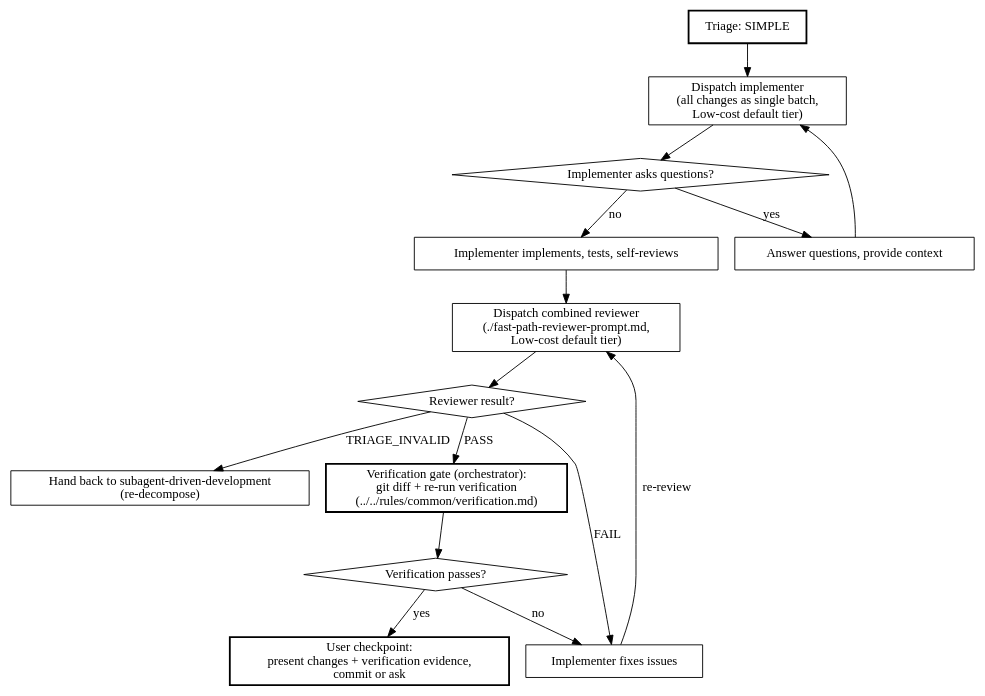
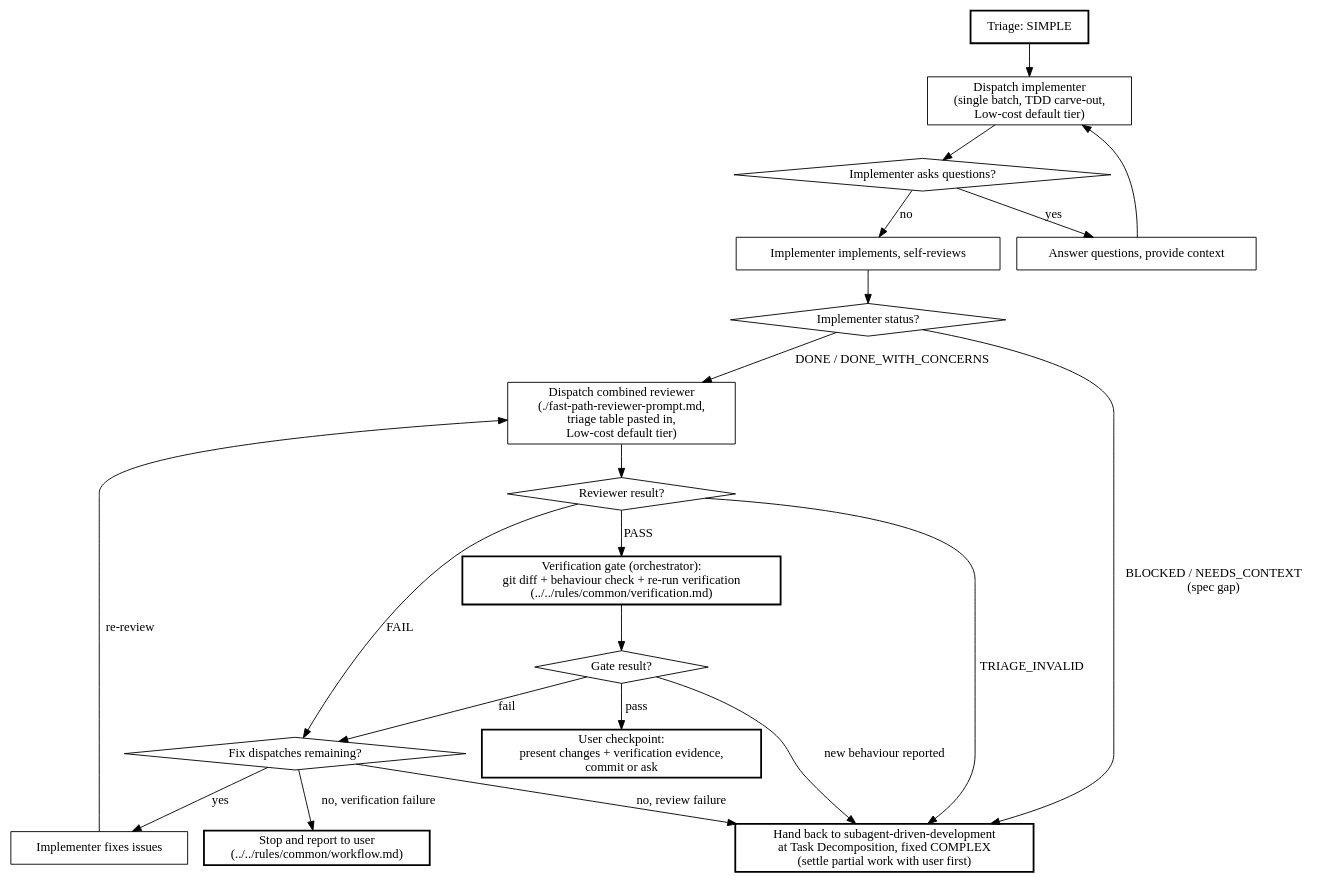
Before and after one commit to philipobenito/elelem: the diagram in skills/fast-path-implementation/SKILL.md, drawn with Graphviz. The commit also changed other lines of this file and 5 other files, not shown here.

````diff
--- a/skills/fast-path-implementation/SKILL.md
+++ b/skills/fast-path-implementation/SKILL.md
@@ -59,33 +129,42 @@
 ```dot
 digraph fast_path {
     rankdir=TB;
 
     "Triage: SIMPLE" [shape=box, style=bold];
-    "Dispatch implementer\n(all changes as single batch,\nLow-cost default tier)" [shape=box];
+    "Dispatch implementer\n(single batch, TDD carve-out,\nLow-cost default tier)" [shape=box];
     "Implementer asks questions?" [shape=diamond];
     "Answer questions, provide context" [shape=box];
-    "Implementer implements, tests, self-reviews" [shape=box];
-    "Dispatch combined reviewer\n(./fast-path-reviewer-prompt.md,\nLow-cost default tier)" [shape=box];
+    "Implementer implements, self-reviews" [shape=box];
+    "Implementer status?" [shape=diamond];
+    "Dispatch combined reviewer\n(./fast-path-reviewer-prompt.md,\ntriage table pasted in,\nLow-cost default tier)" [shape=box];
     "Reviewer result?" [shape=diamond];
+    "Fix dispatches remaining?" [shape=diamond];
     "Implementer fixes issues" [shape=box];
-    "Hand back to subagent-driven-development\n(re-decompose)" [shape=box];
-    "Verification gate (orchestrator):\ngit diff + re-run verification\n(../../rules/common/verification.md)" [shape=box, style=bold];
-    "Verification passes?" [shape=diamond];
+    "Verification gate (orchestrator):\ngit diff + behaviour check + re-run verification\n(../../rules/common/verification.md)" [shape=box, style=bold];
+    "Gate result?" [shape=diamond];
+    "Hand back to subagent-driven-development\nat Task Decomposition, fixed COMPLEX\n(settle partial work with user first)" [shape=box, style=bold];
+    "Stop and report to user\n(../../rules/common/workflow.md)" [shape=box, style=bold];
     "User checkpoint:\npresent changes + verification evidence,\ncommit or ask" [shape=box, style=bold];
 
-    "Triage: SIMPLE" -> "Dispatch implementer\n(all changes as single batch,\nLow-cost default tier)";
-    "Dispatch implementer\n(all changes as single batch,\nLow-cost default tier)" -> "Implementer asks questions?";
+    "Triage: SIMPLE" -> "Dispatch implementer\n(single batch, TDD carve-out,\nLow-cost default tier)";
+    "Dispatch implementer\n(single batch, TDD carve-out,\nLow-cost default tier)" -> "Implementer asks questions?";
     "Implementer asks questions?" -> "Answer questions, provide context" [label="yes"];
-    "Answer questions, provide context" -> "Dispatch implementer\n(all changes as single batch,\nLow-cost default tier)";
-    "Implementer asks questions?" -> "Implementer implements, tests, self-reviews" [label="no"];
-    "Implementer implements, tests, self-reviews" -> "Dispatch combined reviewer\n(./fast-path-reviewer-prompt.md,\nLow-cost default tier)";
-    "Dispatch combined reviewer\n(./fast-path-reviewer-prompt.md,\nLow-cost default tier)" -> "Reviewer result?";
-    "Reviewer result?" -> "Verification gate (orchestrator):\ngit diff + re-run verification\n(../../rules/common/verification.md)" [label="PASS"];
-    "Reviewer result?" -> "Implementer fixes issues" [label="FAIL"];
-    "Reviewer result?" -> "Hand back to subagent-driven-development\n(re-decompose)" [label="TRIAGE_INVALID"];
-    "Implementer fixes issues" -> "Dispatch combined reviewer\n(./fast-path-reviewer-prompt.md,\nLow-cost default tier)" [label="re-review"];
-    "Verification gate (orchestrator):\ngit diff + re-run verification\n(../../rules/common/verification.md)" -> "Verification passes?";
-    "Verification passes?" -> "Implementer fixes issues" [label="no"];
-    "Verification passes?" -> "User checkpoint:\npresent changes + verification evidence,\ncommit or ask" [label="yes"];
+    "Answer questions, provide context" -> "Dispatch implementer\n(single batch, TDD carve-out,\nLow-cost default tier)";
+    "Implementer asks questions?" -> "Implementer implements, self-reviews" [label="no"];
+    "Implementer implements, self-reviews" -> "Implementer status?";
+    "Implementer status?" -> "Dispatch combined reviewer\n(./fast-path-reviewer-prompt.md,\ntriage table pasted in,\nLow-cost default tier)" [label="DONE / DONE_WITH_CONCERNS"];
+    "Implementer status?" -> "Hand back to subagent-driven-development\nat Task Decomposition, fixed COMPLEX\n(settle partial work with user first)" [label="BLOCKED / NEEDS_CONTEXT\n(spec gap)"];
+    "Dispatch combined reviewer\n(./fast-path-reviewer-prompt.md,\ntriage table pasted in,\nLow-cost default tier)" -> "Reviewer result?";
+    "Reviewer result?" -> "Verification gate (orchestrator):\ngit diff + behaviour check + re-run verification\n(../../rules/common/verification.md)" [label="PASS"];
+    "Reviewer result?" -> "Fix dispatches remaining?" [label="FAIL"];
+    "Reviewer result?" -> "Hand back to subagent-driven-development\nat Task Decomposition, fixed COMPLEX\n(settle partial work with user first)" [label="TRIAGE_INVALID"];
+    "Fix dispatches remaining?" -> "Implementer fixes issues" [label="yes"];
+    "Fix dispatches remaining?" -> "Hand back to subagent-driven-development\nat Task Decomposition, fixed COMPLEX\n(settle partial work with user first)" [label="no, review failure"];
+    "Fix dispatches remaining?" -> "Stop and report to user\n(../../rules/common/workflow.md)" [label="no, verification failure"];
+    "Implementer fixes issues" -> "Dispatch combined reviewer\n(./fast-path-reviewer-prompt.md,\ntriage table pasted in,\nLow-cost default tier)" [label="re-review"];
+    "Verification gate (orchestrator):\ngit diff + behaviour check + re-run verification\n(../../rules/common/verification.md)" -> "Gate result?";
+    "Gate result?" -> "Fix dispatches remaining?" [label="fail"];
+    "Gate result?" -> "Hand back to subagent-driven-development\nat Task Decomposition, fixed COMPLEX\n(settle partial work with user first)" [label="new behaviour reported"];
+    "Gate result?" -> "User checkpoint:\npresent changes + verification evidence,\ncommit or ask" [label="pass"];
 }
 ```
````
